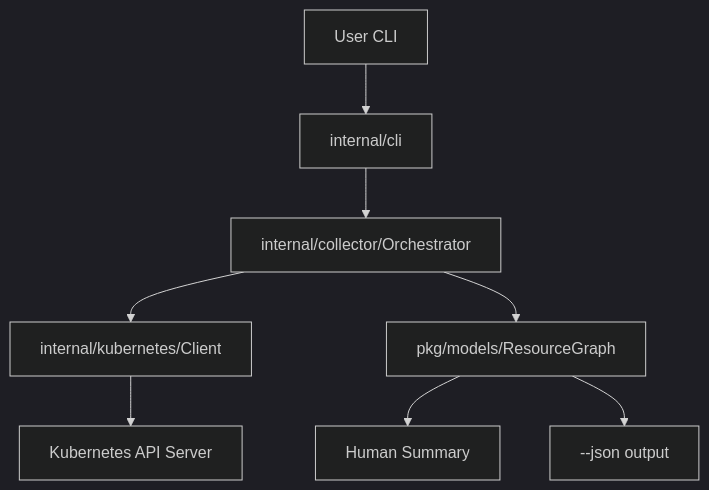
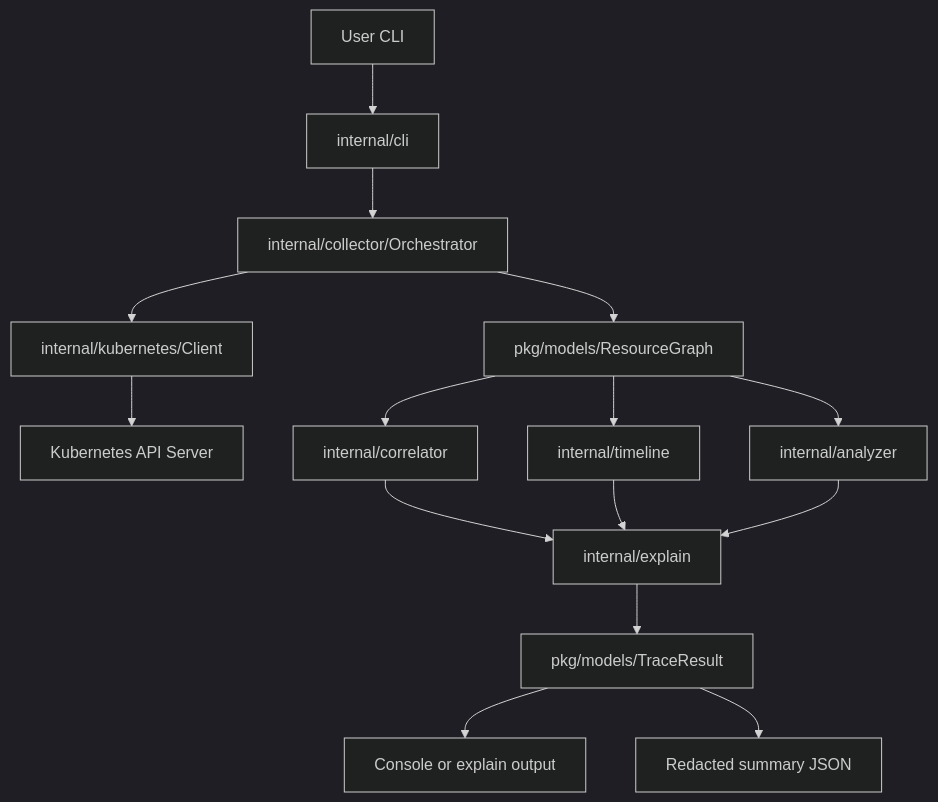
One commit to Stacked-Nerds/ktrace changed the first of 2 diagrams in docs/Architecture.md. Above: the diagram before and after it, drawn with Mermaid (dark theme). The commit also changed other lines of this file and 60 other files, not shown here.

````diff
--- a/docs/Architecture.md
+++ b/docs/Architecture.md
@@ -43,10 +43,17 @@
 ```mermaid
 flowchart TD
     User[User CLI] --> CLI[internal/cli]
     CLI --> Orch[internal/collector/Orchestrator]
     Orch --> Client[internal/kubernetes/Client]
     Client --> API[Kubernetes API Server]
     Orch --> Graph[pkg/models/ResourceGraph]
-    Graph --> Summary[Human Summary]
-    Graph --> JSON["--json output"]
+    Graph --> Corr[internal/correlator]
+    Graph --> Timeline[internal/timeline]
+    Graph --> Analyzer[internal/analyzer]
+    Corr --> Explain[internal/explain]
+    Timeline --> Explain
+    Analyzer --> Explain
+    Explain --> Result[pkg/models/TraceResult]
+    Result --> Console[Console or explain output]
+    Result --> JSON[Redacted summary JSON]
 ```
````
